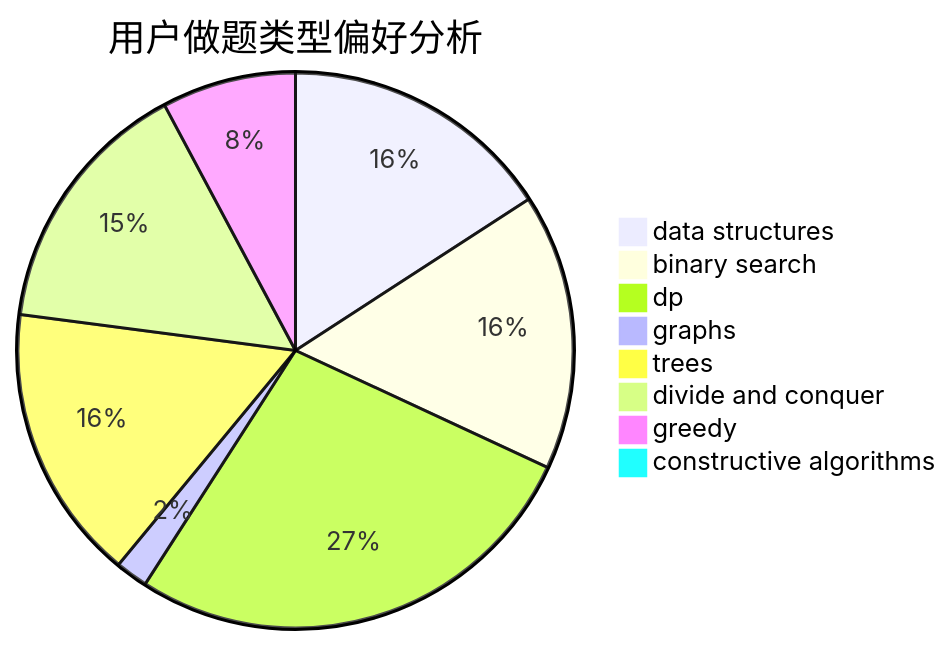
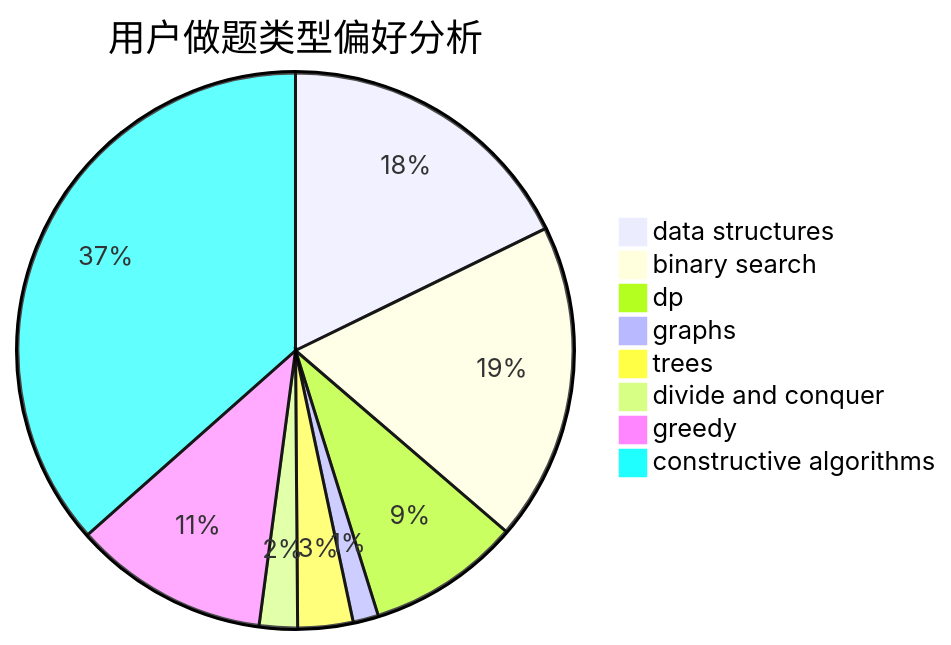
One commit to sherpahu/cfrs.github.io changed the second of 3 diagrams in docs/user/u243.md. Above: the diagram before and after it, drawn with Mermaid. The commit also changed other lines of this file and 2770 other files, not shown here.

````diff
--- a/docs/user/u243.md
+++ b/docs/user/u243.md
@@ -23,11 +23,11 @@
 ```mermaid
 pie title 用户做题类型偏好分析
-    "data structures" :  67
-    "binary search" :  68
-    "dp" :  115
-    "graphs" :  8
-    "trees" :  68
-    "divide and conquer" :  64
-    "greedy" :  33
-    "constructive algorithms" :  0
+    "data structures" :  72
+    "binary search" :  75
+    "dp" :  36
+    "graphs" :  6
+    "trees" :  13
+    "divide and conquer" :  9
+    "greedy" :  46
+    "constructive algorithms" :  148
 ```
````
